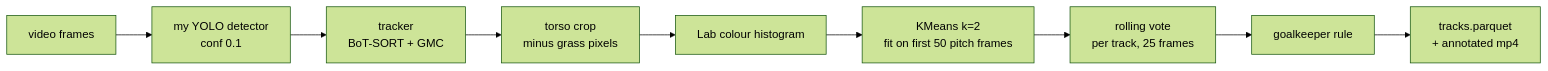
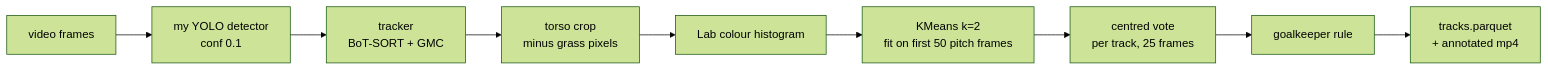
Before and after one commit to Kushagra077/football-team-tracker: the diagram in README.md, drawn with Mermaid (forest theme). The commit also changed other lines of this file and 15 other files, not shown here.

````diff
--- a/README.md
+++ b/README.md
@@ -61,11 +61,11 @@
 ```mermaid
 flowchart LR
     V[video frames] --> D[my YOLO detector<br/>conf 0.1]
     D --> T[tracker<br/>BoT-SORT + GMC]
     T --> C[torso crop<br/>minus grass pixels]
     C --> F[Lab colour histogram]
     F --> K[KMeans k=2<br/>fit on first 50 pitch frames]
-    K --> R[rolling vote<br/>per track, 25 frames]
+    K --> R[centred vote<br/>per track, 25 frames]
     R --> G[goalkeeper rule]
     G --> P[tracks.parquet<br/>+ annotated mp4]
 ```
````
